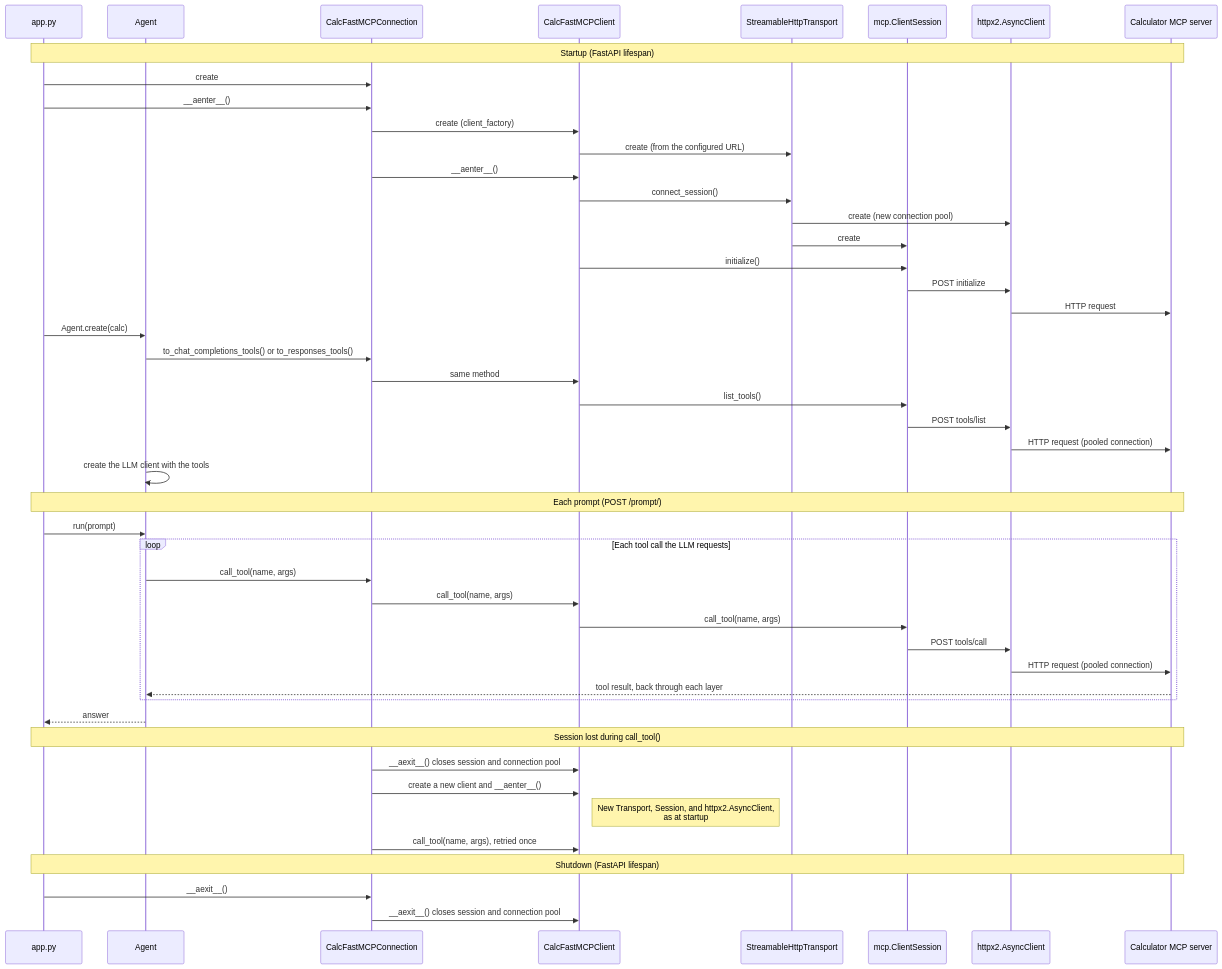
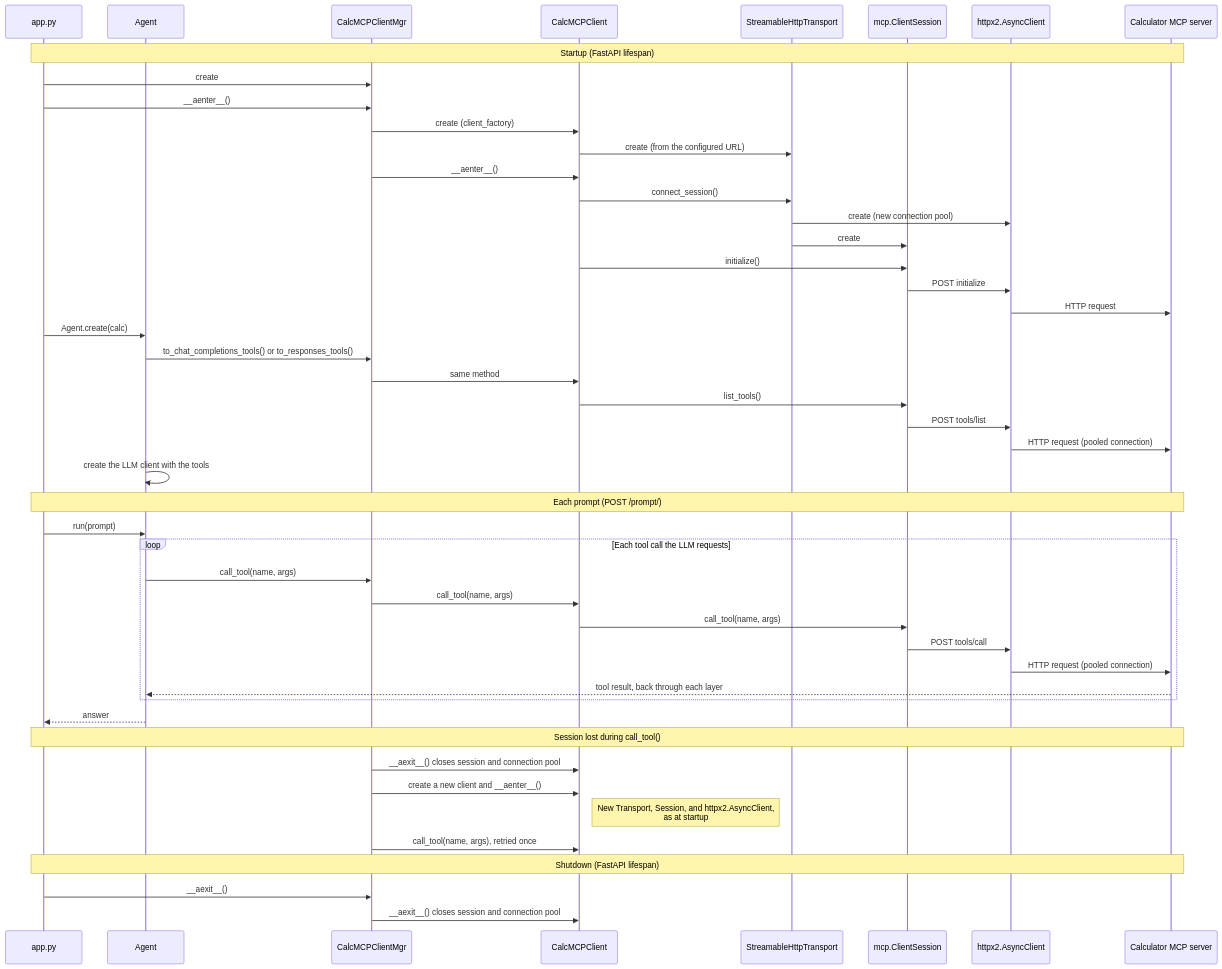
One commit to rubensgomes-org/math-ai-agent changed the diagram in docs/SEQUENCE_DIAGRAM.md. Above: the diagram before and after it, drawn with Mermaid. The commit also changed 44 other files, not shown here.

````diff
--- a/docs/SEQUENCE_DIAGRAM.md
+++ b/docs/SEQUENCE_DIAGRAM.md
@@ -11,53 +11,53 @@
 ```mermaid
 sequenceDiagram
     participant App as app.py
     participant Agent
-    participant Conn as CalcFastMCPConnection
-    participant Client as CalcFastMCPClient
+    participant Conn as CalcMCPClientMgr
+    participant Client as CalcMCPClient
     participant Transport as StreamableHttpTransport
     participant Session as mcp.ClientSession
     participant Http as httpx2.AsyncClient
     participant Server as Calculator MCP server
 
     Note over App,Server: Startup (FastAPI lifespan)
     App->>Conn: create
     App->>Conn: __aenter__()
     Conn->>Client: create (client_factory)
     Client->>Transport: create (from the configured URL)
     Conn->>Client: __aenter__()
     Client->>Transport: connect_session()
     Transport->>Http: create (new connection pool)
     Transport->>Session: create
     Client->>Session: initialize()
     Session->>Http: POST initialize
     Http->>Server: HTTP request
     App->>Agent: Agent.create(calc)
     Agent->>Conn: to_chat_completions_tools() or to_responses_tools()
     Conn->>Client: same method
     Client->>Session: list_tools()
     Session->>Http: POST tools/list
     Http->>Server: HTTP request (pooled connection)
     Agent->>Agent: create the LLM client with the tools
 
     Note over App,Server: Each prompt (POST /prompt/)
     App->>Agent: run(prompt)
     loop Each tool call the LLM requests
         Agent->>Conn: call_tool(name, args)
         Conn->>Client: call_tool(name, args)
         Client->>Session: call_tool(name, args)
         Session->>Http: POST tools/call
         Http->>Server: HTTP request (pooled connection)
         Server-->>Agent: tool result, back through each layer
     end
     Agent-->>App: answer
 
     Note over App,Server: Session lost during call_tool()
     Conn->>Client: __aexit__() closes session and connection pool
     Conn->>Client: create a new client and __aenter__()
     Note right of Client: New Transport, Session, and httpx2.AsyncClient,<br/>as at startup
     Conn->>Client: call_tool(name, args), retried once
 
     Note over App,Server: Shutdown (FastAPI lifespan)
     App->>Conn: __aexit__()
     Conn->>Client: __aexit__() closes session and connection pool
 ```
````
